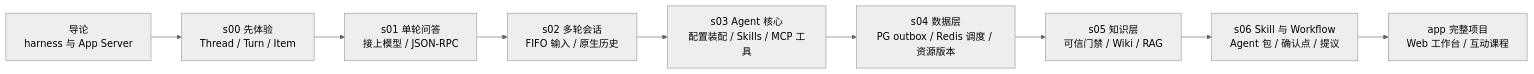
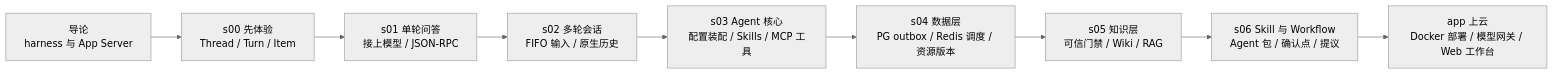
The diagram in README.md (pengcong2020520/learn-codex-harness), drawn with Mermaid (neutral theme) before and after one commit. The commit also changed other lines of this file and 9 other files, not shown here.

````diff
--- a/README.md
+++ b/README.md
@@ -11,11 +11,11 @@
 ```mermaid
 flowchart LR
   intro["导论<br/>harness 与 App Server"] --> s00["s00 先体验<br/>Thread / Turn / Item"]
   s00 --> s01["s01 单轮问答<br/>接上模型 / JSON-RPC"]
   s01 --> s02["s02 多轮会话<br/>FIFO 输入 / 原生历史"]
   s02 --> s03["s03 Agent 核心<br/>配置装配 / Skills / MCP 工具"]
   s03 --> s04["s04 数据层<br/>PG outbox / Redis 调度 / 资源版本"]
   s04 --> s05["s05 知识层<br/>可信门禁 / Wiki / RAG"]
   s05 --> s06["s06 Skill 与 Workflow<br/>Agent 包 / 确认点 / 提议"]
-  s06 --> app["app 完整项目<br/>Web 工作台 / 互动课程"]
+  s06 --> app["app 上云<br/>Docker 部署 / 模型网关 / Web 工作台"]
 ```
````
